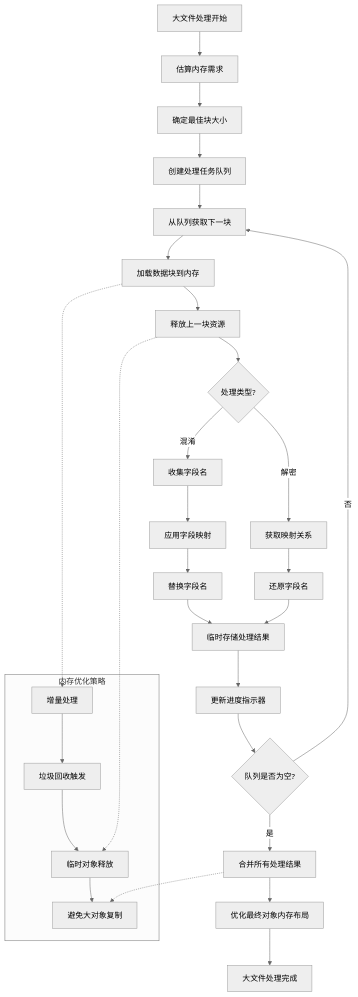
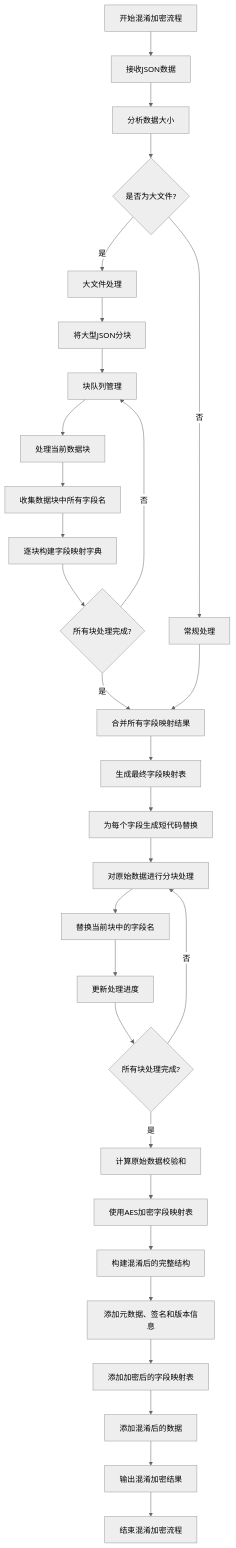
Before and after one commit to yingjianzh/iodraw-files: the diagram in all/未命名-43.md, drawn with Mermaid (neutral theme).

Commit message:
2025-04-25 15:18:31 update

````diff
--- a/all/未命名-43.md
+++ b/all/未命名-43.md
@@ -1,40 +1,44 @@
 ```mermaid
+
 flowchart TD
-    A[大文件处理开始] --> B[估算内存需求]
-    B --> C[确定最佳块大小]
-    C --> D[创建处理任务队列]
+    A[开始混淆加密流程] --> B[接收JSON数据]
     
-    D --> E[从队列获取下一块]
-    E --> F[加载数据块到内存]
-    F --> G[释放上一块资源]
+    B --> C[分析数据大小]
+    C --> D{是否为大文件?}
     
-    G --> H{处理类型?}
+    D -->|否| E[常规处理]
+    D -->|是| F[大文件处理]
     
-    H -->|混淆| I1[收集字段名]
-    I1 --> I2[应用字段映射]
-    I2 --> I3[替换字段名]
+    F --> F1[将大型JSON分块]
+    F1 --> F2[块队列管理]
     
-    H -->|解密| J1[获取映射关系]
-    J1 --> J2[还原字段名]
+    F2 --> G[处理当前数据块]
+    G --> H[收集数据块中所有字段名]
+    H --> I[逐块构建字段映射字典]
+    I --> J{所有块处理完成?}
+    J -->|否| F2
     
-    I3 --> K[临时存储处理结果]
-    J2 --> K
+    J -->|是| K[合并所有字段映射结果]
+    E --> K
     
-    K --> L[更新进度指示器]
-    L --> M{队列是否为空?}
-    M -->|否| E
+    K --> L[生成最终字段映射表]
+    L --> M[为每个字段生成短代码替换]
     
-    M -->|是| N[合并所有处理结果]
-    N --> O[优化最终对象内存布局]
-    O --> P[大文件处理完成]
+    M --> N[对原始数据进行分块处理]
+    N --> O[替换当前块中的字段名]
+    O --> P[更新处理进度]
+    P --> Q{所有块处理完成?}
+    Q -->|否| N
     
-    subgraph 内存优化策略
-        Q1[增量处理] --> Q2[垃圾回收触发]
-        Q2 --> Q3[临时对象释放]
-        Q3 --> Q4[避免大对象复制]
-    end
+    Q -->|是| R[计算原始数据校验和]
+    R --> S[使用AES加密字段映射表]
     
-    F -.-> Q1
-    G -.-> Q3
-    N -.-> Q4
+    S --> T[构建混淆后的完整结构]
+    T --> U[添加元数据、签名和版本信息]
+    U --> V[添加加密后的字段映射表]
+    V --> W[添加混淆后的数据]
+    
+    W --> X[输出混淆加密结果]
+    X --> Y[结束混淆加密流程]
+
 ```
````
